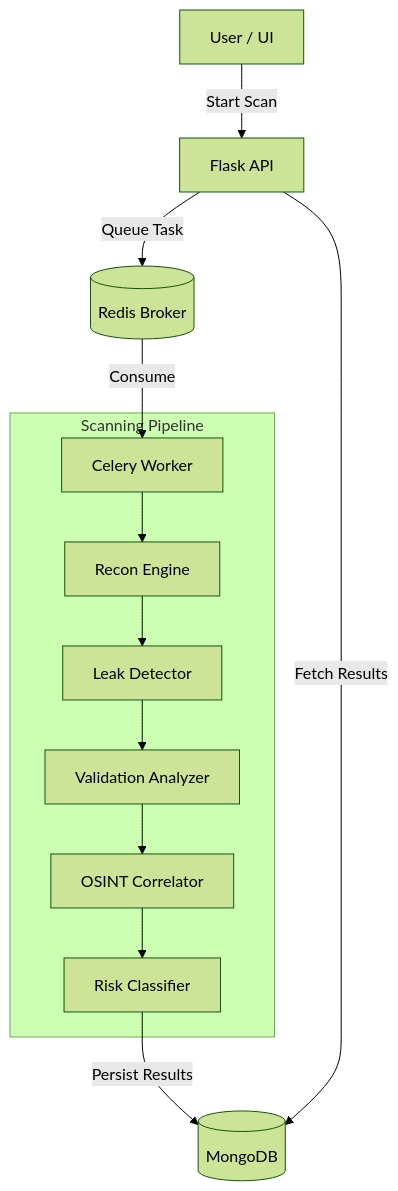
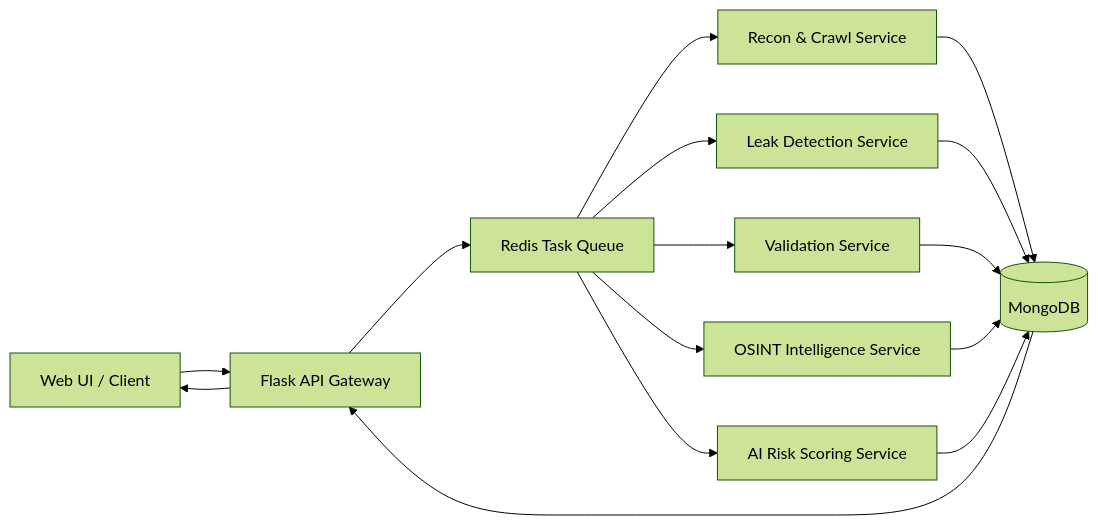
Before and after one commit to SaTyAbHr2005/SENTRIX-Sensitive-Exposure-Threat-Intelligence-System: the diagram in backend/README.md, drawn with Mermaid (forest theme).

Commit message:
updated README file

````diff
--- a/backend/README.md
+++ b/backend/README.md
@@ -92,17 +92,21 @@
 ```mermaid
-graph TD
-    User[User / UI] -->|Start Scan| API[Flask API]
-    API -->|Queue Task| Redis[(Redis Broker)]
-    Redis -->|Consume| Worker[Celery Worker]
+graph LR
+    UI[Web UI / Client] --> API[Flask API Gateway]
 
-    subgraph Scanning Pipeline
-        Worker --> Crawl[Recon Engine]
-        Crawl --> Detect[Leak Detector]
-        Detect --> Valid[Validation Analyzer]
-        Valid --> OSINT[OSINT Correlator]
-        OSINT --> ML[Risk Classifier]
-    end
+    API --> MQ[Redis Task Queue]
 
-    ML -->|Persist Results| Mongo[(MongoDB)]
-    API -->|Fetch Results| Mongo
+    MQ --> Recon[Recon & Crawl Service]
+    MQ --> Detect[Leak Detection Service]
+    MQ --> Validate[Validation Service]
+    MQ --> OSINT[OSINT Intelligence Service]
+    MQ --> Risk[AI Risk Scoring Service]
+
+    Recon --> Store[(MongoDB)]
+    Detect --> Store
+    Validate --> Store
+    OSINT --> Store
+    Risk --> Store
+
+    Store --> API
+    API --> UI
 ```
````
